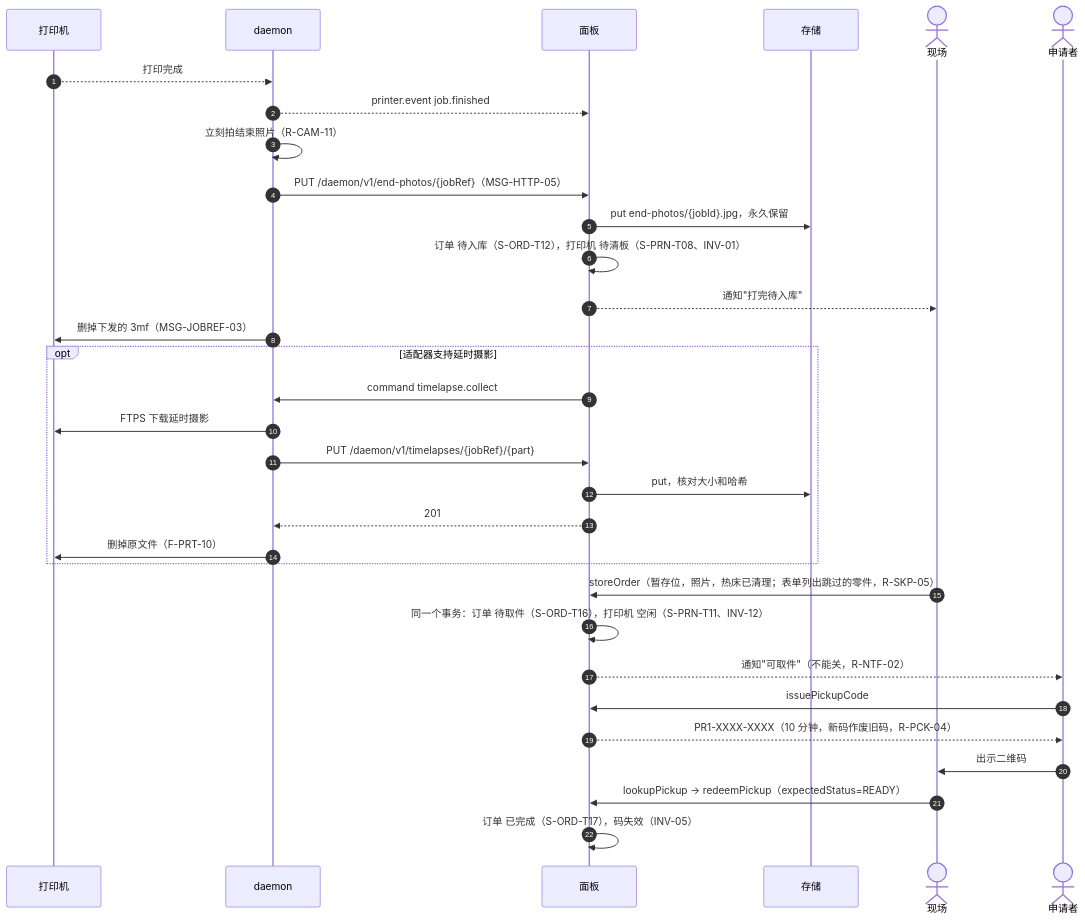
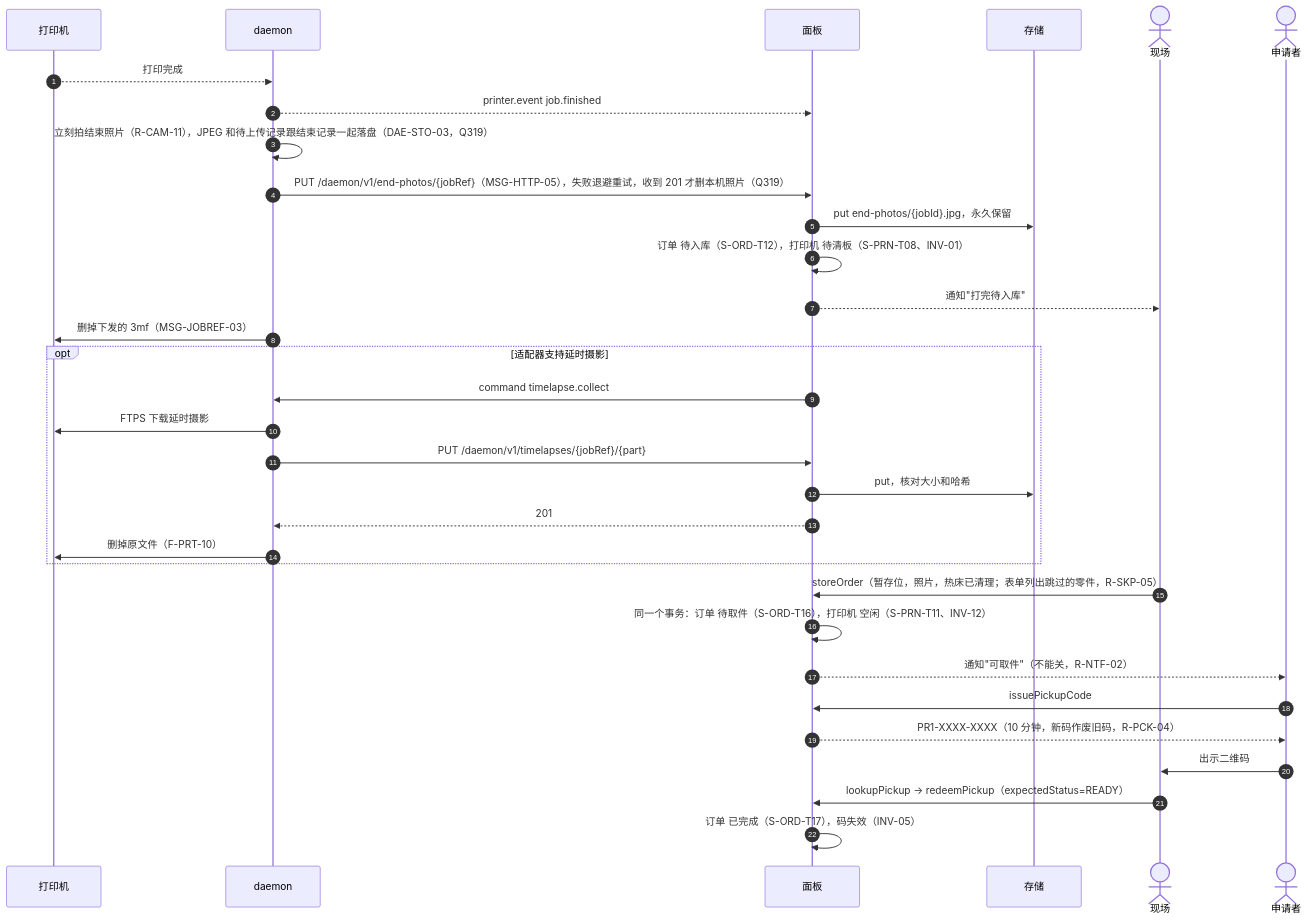
One commit to PlateRelay/PlateRelay changed the seventh of 11 diagrams in docs/design/03-sequences.md. Above: the diagram before and after it, drawn with Mermaid. The commit also changed other lines of this file, not shown here.

Commit message:
docs(design): align dispatch, reconcile, and end-photo sequences with second-round review
Claude-Session: https://claude.ai/code/session_012TmsB2UUV3GMJ8Hk98n5y7

````diff
--- a/docs/design/03-sequences.md
+++ b/docs/design/03-sequences.md
@@ -292,34 +292,34 @@
 ```mermaid
 sequenceDiagram
   autonumber
   participant R as 打印机
   participant D as daemon
   participant P as 面板
   participant O as 存储
   actor S as 现场
   actor A as 申请者
   R-->>D: 打印完成
   D-->>P: printer.event job.finished
-  D->>D: 立刻拍结束照片（R-CAM-11）
-  D->>P: PUT /daemon/v1/end-photos/{jobRef}（MSG-HTTP-05）
+  D->>D: 立刻拍结束照片（R-CAM-11），JPEG 和待上传记录跟结束记录一起落盘（DAE-STO-03，Q319）
+  D->>P: PUT /daemon/v1/end-photos/{jobRef}（MSG-HTTP-05），失败退避重试，收到 201 才删本机照片（Q319）
   P->>O: put end-photos/{jobId}.jpg，永久保留
   P->>P: 订单 待入库（S-ORD-T12），打印机 待清板（S-PRN-T08、INV-01）
   P-->>S: 通知"打完待入库"
   D->>R: 删掉下发的 3mf（MSG-JOBREF-03）
   opt 适配器支持延时摄影
     P->>D: command timelapse.collect
     D->>R: FTPS 下载延时摄影
     D->>P: PUT /daemon/v1/timelapses/{jobRef}/{part}
     P->>O: put，核对大小和哈希
     P-->>D: 201
     D->>R: 删掉原文件（F-PRT-10）
   end
   S->>P: storeOrder（暂存位，照片，热床已清理；表单列出跳过的零件，R-SKP-05）
   P->>P: 同一个事务：订单 待取件（S-ORD-T16），打印机 空闲（S-PRN-T11、INV-12）
   P-->>A: 通知"可取件"（不能关，R-NTF-02）
   A->>P: issuePickupCode
   P-->>A: PR1-XXXX-XXXX（10 分钟，新码作废旧码，R-PCK-04）
   A->>S: 出示二维码
   S->>P: lookupPickup → redeemPickup（expectedStatus=READY）
   P->>P: 订单 已完成（S-ORD-T17），码失效（INV-05）
 ```
````
